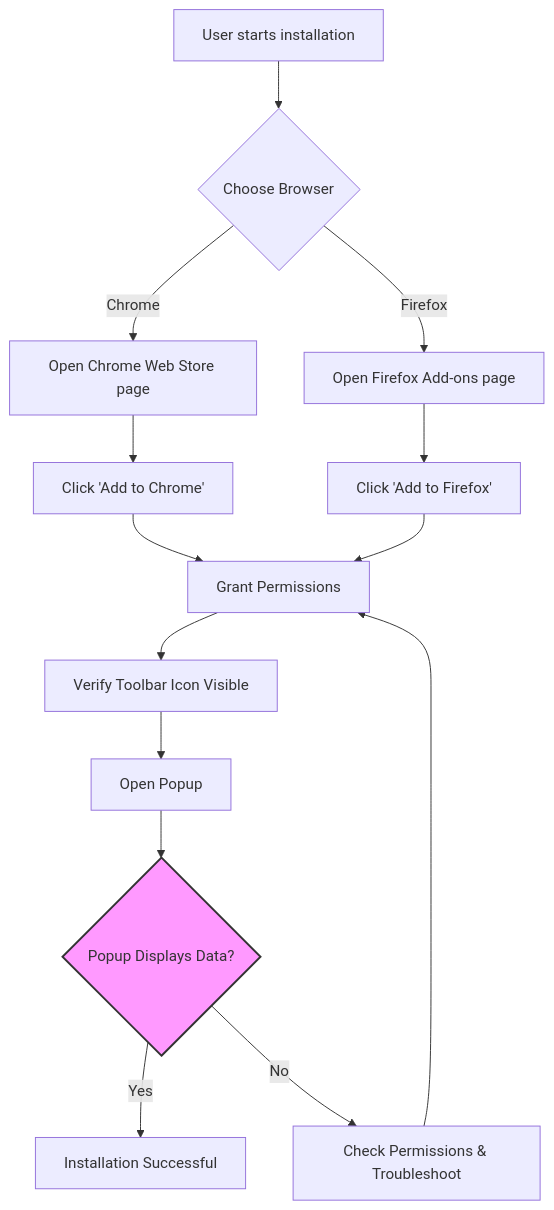
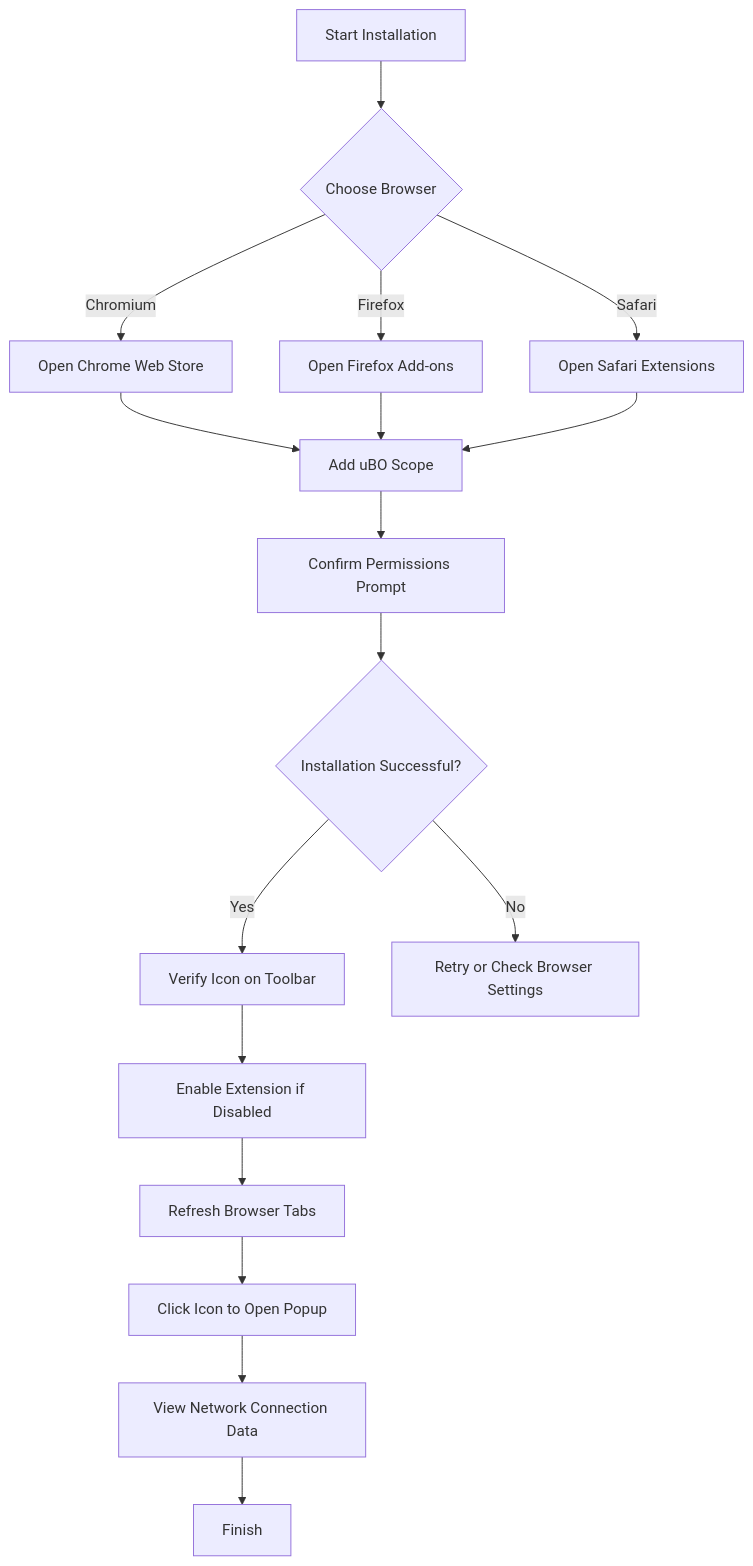
Before and after one commit to clidey/docucod-public-project-adf15a81-508f-4f0d-9083-12549e1f66a0: the diagram in guides/getting-started/installation-and-setup.mdx, drawn with Mermaid. The commit also changed other lines of this file and 17 other files, not shown here.

````diff
--- a/guides/getting-started/installation-and-setup.mdx
+++ b/guides/getting-started/installation-and-setup.mdx
@@ -132,19 +198,19 @@
 ```mermaid
 flowchart TD
-    A[User starts installation] --> B{Choose Browser}
-    B -->|Chrome| C[Open Chrome Web Store page]
-    B -->|Firefox| D[Open Firefox Add-ons page]
-    C --> E[Click 'Add to Chrome']
-    D --> F[Click 'Add to Firefox']
-    E --> G[Grant Permissions]
-    F --> G
-    G --> H[Verify Toolbar Icon Visible]
-    H --> I[Open Popup]
-    I --> J{Popup Displays Data?}
-    J -->|Yes| K[Installation Successful]
-    J -->|No| L[Check Permissions & Troubleshoot]
-    L --> G
-
-    classDef decision fill:#f9f,stroke:#333,stroke-width:2px;
-    class J decision;
+    A[Start Installation] --> B{Choose Browser}
+    B -->|Chromium| C[Open Chrome Web Store]
+    B -->|Firefox| D[Open Firefox Add-ons]
+    B -->|Safari| E[Open Safari Extensions]
+    C --> F[Add uBO Scope]
+    D --> F
+    E --> F
+    F --> G[Confirm Permissions Prompt]
+    G --> H{Installation Successful?}
+    H -->|Yes| I[Verify Icon on Toolbar]
+    H -->|No| J[Retry or Check Browser Settings]
+    I --> K[Enable Extension if Disabled]
+    K --> L[Refresh Browser Tabs]
+    L --> M[Click Icon to Open Popup]
+    M --> N[View Network Connection Data]
+    N --> O[Finish]
 ```
````
